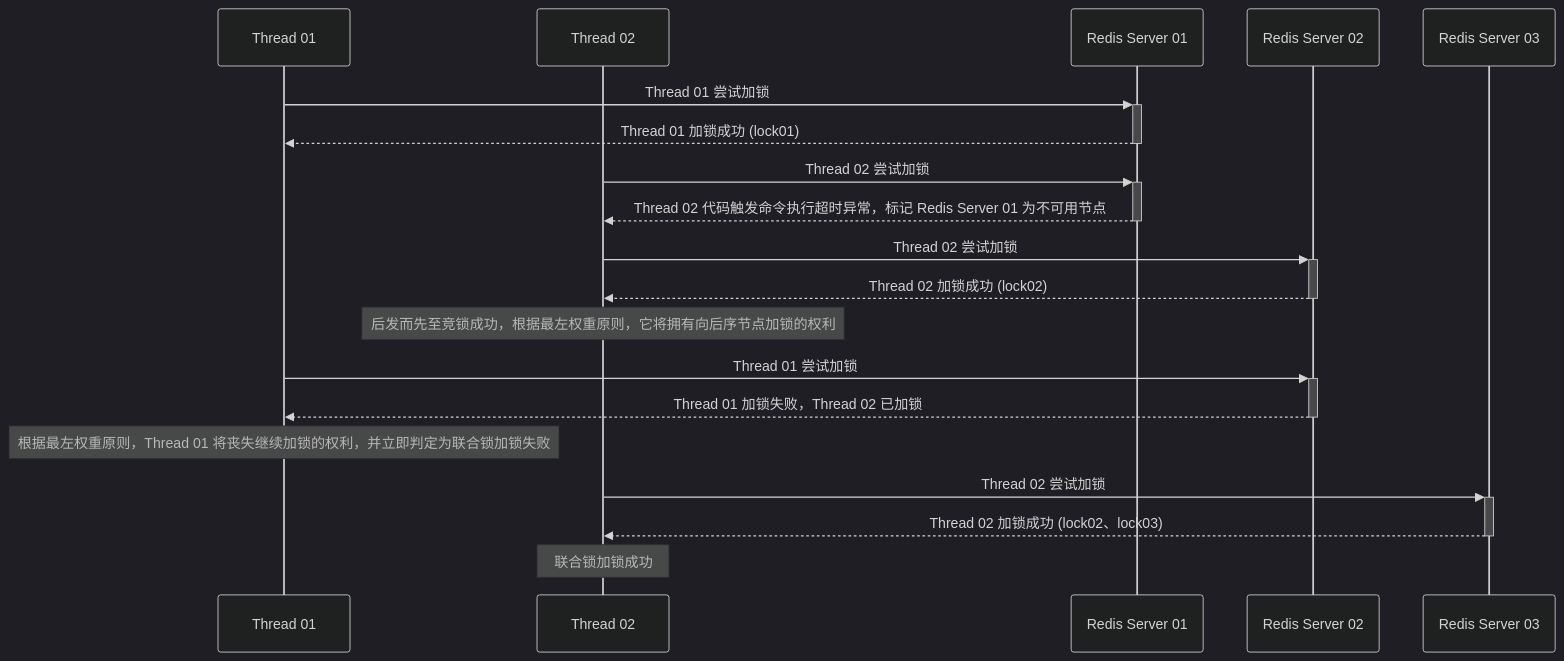
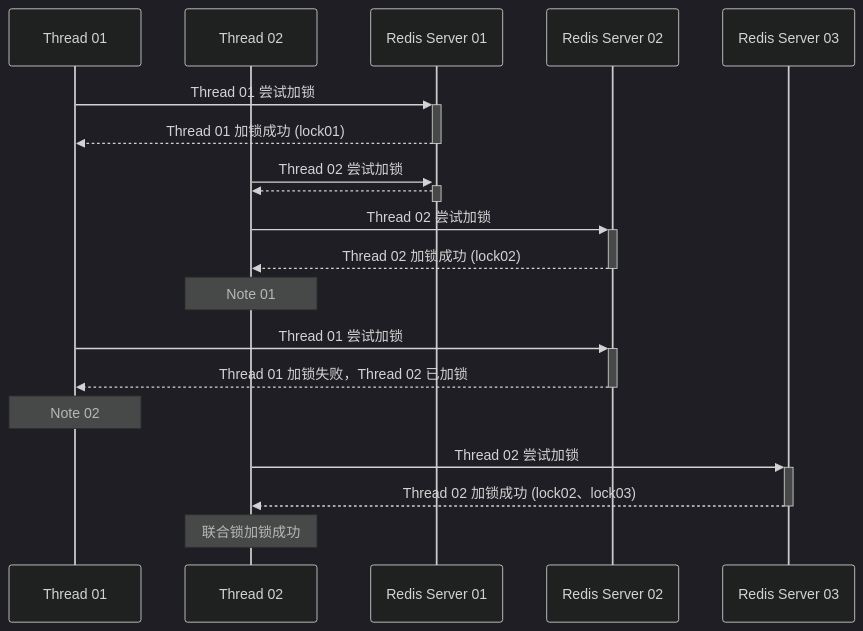
One commit to azurite-Y/bedrock changed the second of 4 diagrams in README.md. Above: the diagram before and after it, drawn with Mermaid (dark theme). The commit also changed other lines of this file, not shown here.

````diff
--- a/README.md
+++ b/README.md
@@ -110,21 +111,21 @@
 ```mermaid
 sequenceDiagram
 	participant Thread 01
 	participant Thread 02
 	participant Redis Server 01
 	participant Redis Server 02
 	participant Redis Server 03
 Thread 01 ->>+ Redis Server 01: Thread 01 尝试加锁
 Redis Server 01 -->>- Thread 01: Thread 01 加锁成功 (lock01)
 Thread 02 ->>+ Redis Server 01: Thread 02 尝试加锁
-Redis Server 01 -->>- Thread 02: Thread 02 代码触发命令执行超时异常，标记 Redis Server 01 为不可用节点
+Redis Server 01 -->>- Thread 02: 
 Thread 02 ->>+ Redis Server 02: Thread 02 尝试加锁
 Redis Server 02 -->>- Thread 02: Thread 02 加锁成功 (lock02)
-Note over Thread 02 : 后发而先至竞锁成功，根据最左权重原则，它将拥有向后序节点加锁的权利
+Note over Thread 02 : Note 01
 Thread 01 ->>+ Redis Server 02: Thread 01 尝试加锁
 Redis Server 02 -->>- Thread 01: Thread 01 加锁失败，Thread 02 已加锁
-Note over Thread 01 : 根据最左权重原则，Thread 01 将丧失继续加锁的权利，并立即判定为联合锁加锁失败
+Note over Thread 01 : Note 02
 Thread 02 ->>+ Redis Server 03: Thread 02 尝试加锁
 Redis Server 03 -->>- Thread 02: Thread 02 加锁成功 (lock02、lock03)
 Note over Thread 02 : 联合锁加锁成功
 ```
````
